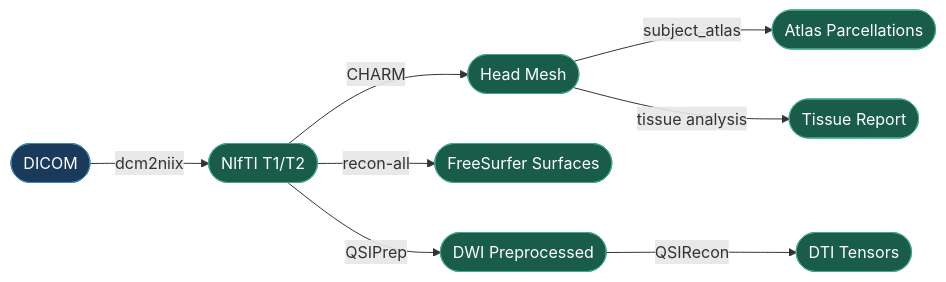
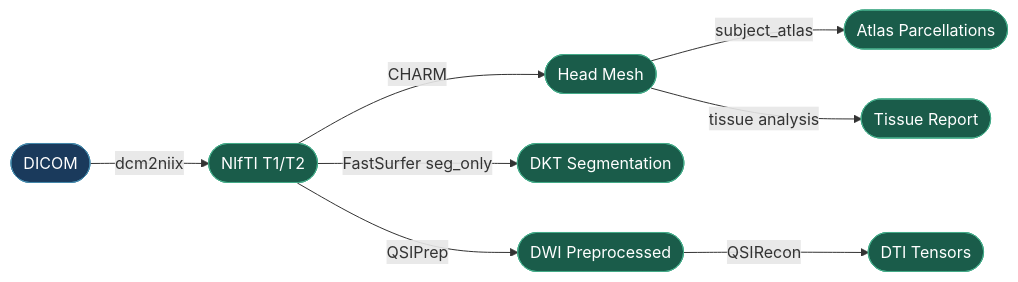
The diagram in docs/api_mkdocs/docs/pipeline/preprocessing.md (idossha/TI-Toolbox), drawn with Mermaid before and after one commit. The commit also changed other lines of this file and 30 other files, not shown here.

````diff
--- a/docs/api_mkdocs/docs/pipeline/preprocessing.md
+++ b/docs/api_mkdocs/docs/pipeline/preprocessing.md
@@ -5,18 +5,18 @@
 ```mermaid
 graph LR
     A([DICOM]) -->|dcm2niix| B([NIfTI T1/T2])
     B -->|CHARM| C([Head Mesh])
     C -->|subject_atlas| D([Atlas Parcellations])
-    B -->|recon-all| E([FreeSurfer Surfaces])
+    B -->|FastSurfer seg_only| E([DKT Segmentation])
     C -->|tissue analysis| F([Tissue Report])
     B -->|QSIPrep| G([DWI Preprocessed])
     G -->|QSIRecon| H([DTI Tensors])
     style A fill:#1a3a5c,stroke:#48a,color:#fff
     style B fill:#1a5c4a,stroke:#4a8,color:#fff
     style C fill:#1a5c4a,stroke:#4a8,color:#fff
     style D fill:#1a5c4a,stroke:#4a8,color:#fff
     style E fill:#1a5c4a,stroke:#4a8,color:#fff
     style F fill:#1a5c4a,stroke:#4a8,color:#fff
     style G fill:#1a5c4a,stroke:#4a8,color:#fff
     style H fill:#1a5c4a,stroke:#4a8,color:#fff
 ```
````
